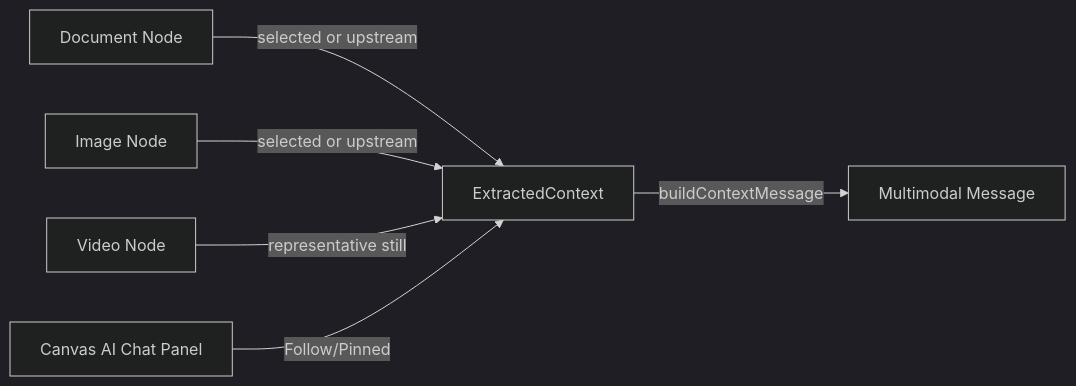
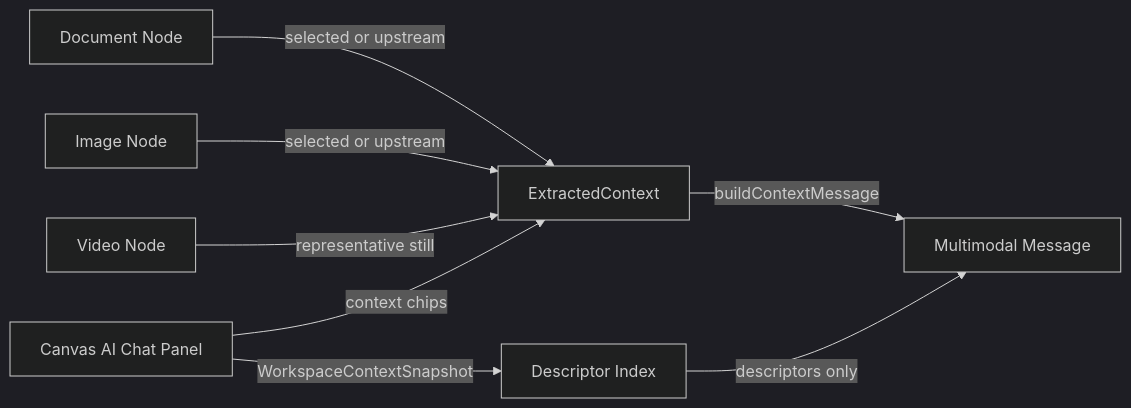
Before and after one commit to Lixpi/lixpi: the second of 3 diagrams in services/web-ui/src/infographics/workspace/README.md, drawn with Mermaid (dark theme). The commit also changed other lines of this file and 5 other files, not shown here.

Commit message:
LIX-218 # Complete workspace context snapshot

````diff
--- a/services/web-ui/src/infographics/workspace/README.md
+++ b/services/web-ui/src/infographics/workspace/README.md
@@ -355,8 +355,10 @@
 ```mermaid
 flowchart LR
     DOC[Document Node] -->|selected or upstream| CTX[ExtractedContext]
     IMG[Image Node] -->|selected or upstream| CTX
     VID[Video Node] -->|representative still| CTX
-    CHAT[Canvas AI Chat Panel] -->|Follow/Pinned| CTX
+    CHAT[Canvas AI Chat Panel] -->|context chips| CTX
+    CHAT -->|WorkspaceContextSnapshot| SNAP[Descriptor Index]
     CTX -->|buildContextMessage| MSG[Multimodal Message]
+    SNAP -->|descriptors only| MSG
 ```
````
